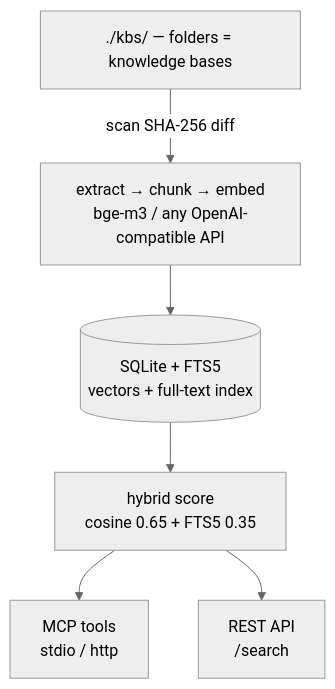
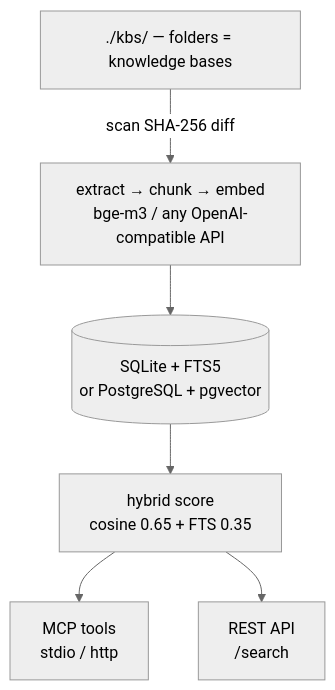
One commit to openhoat/rag-hub-mcp changed the diagram in README.md. Above: the diagram before and after it, drawn with Mermaid (neutral theme). The commit also changed other lines of this file and 29 other files, not shown here.

Commit message:
feat: add pluggable PostgreSQL backend with pgvector

````diff
--- a/README.md
+++ b/README.md
@@ -27,8 +27,8 @@
 ```mermaid
 graph TD
     KBS["./kbs/ — folders = knowledge bases"] -->|scan SHA-256 diff| PROC["extract → chunk → embed<br/>bge-m3 / any OpenAI-compatible API"]
-    PROC --> DB[("SQLite + FTS5<br/>vectors + full-text index")]
-    DB --> SRCH["hybrid score<br/>cosine 0.65 + FTS5 0.35"]
+    PROC --> DB[("SQLite + FTS5<br/>or PostgreSQL + pgvector")]
+    DB --> SRCH["hybrid score<br/>cosine 0.65 + FTS 0.35"]
     SRCH --> MCP["MCP tools<br/>stdio / http"]
     SRCH --> REST["REST API<br/>/search"]
 ```
````
